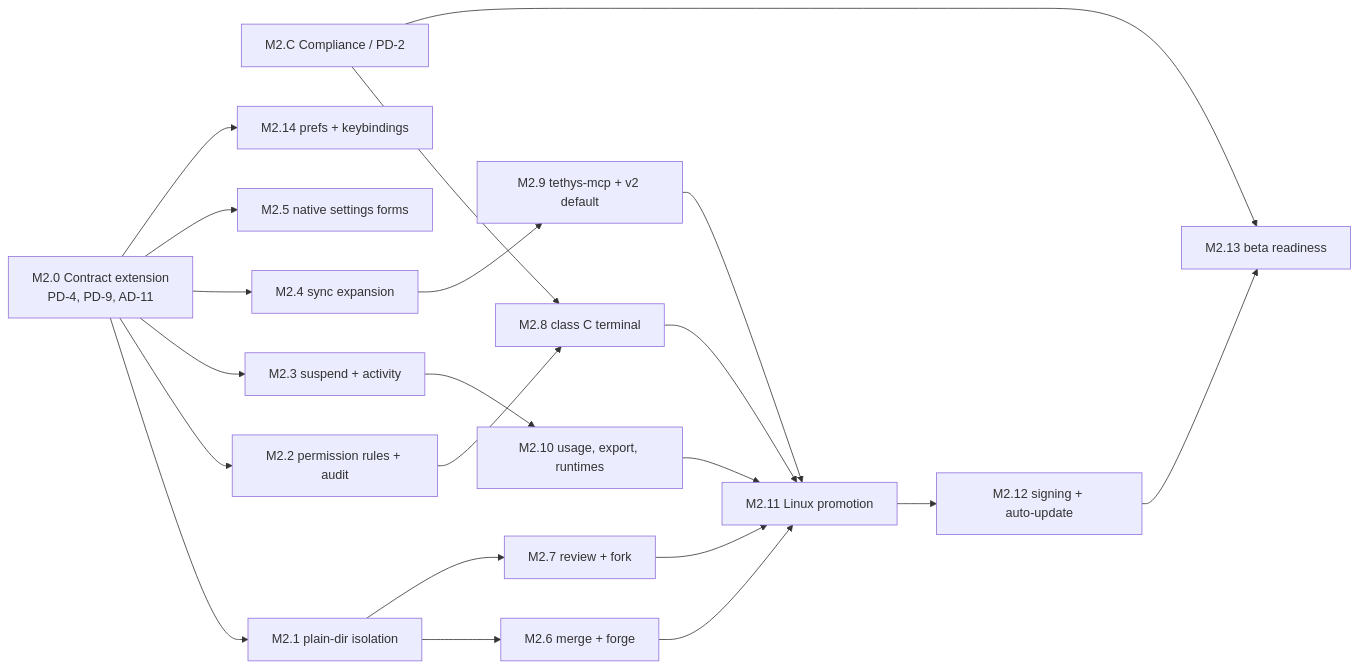
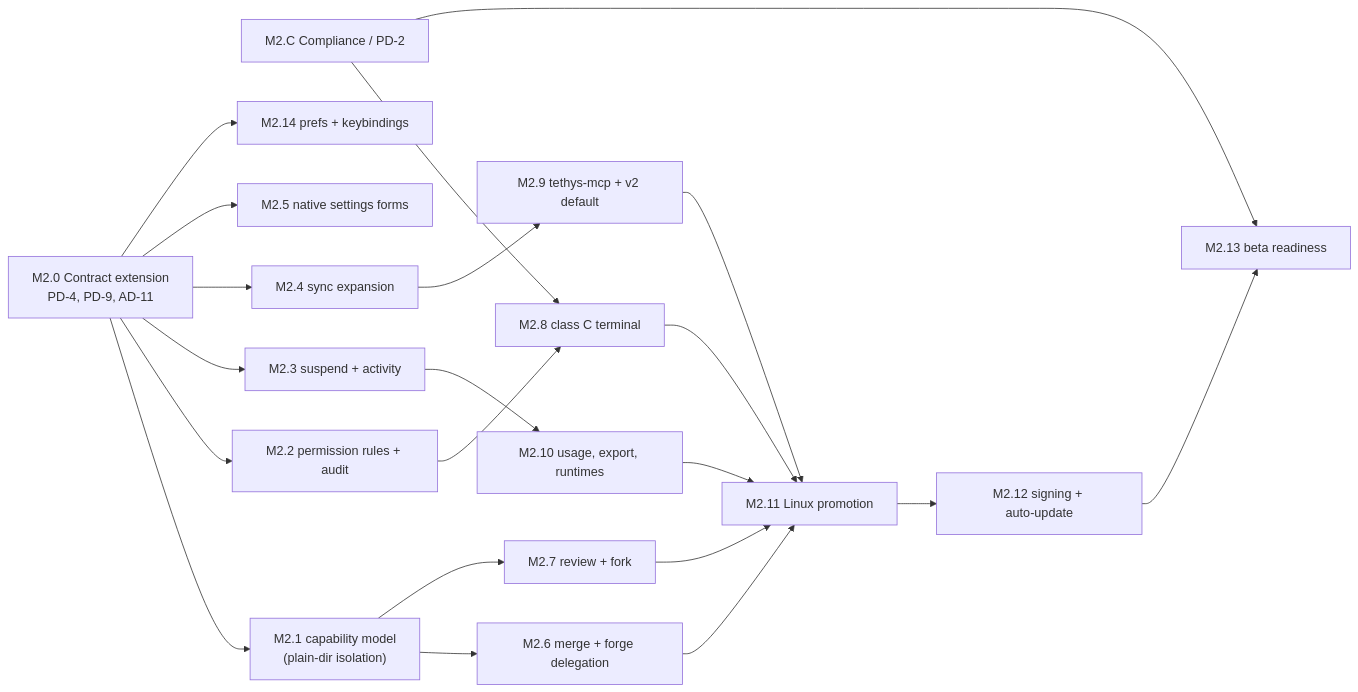
The second of 2 diagrams in docs/milestone.md (Noentic/tethys), drawn with Mermaid before and after one commit. The commit also changed other lines of this file and 32 other files, not shown here.

````diff
--- a/docs/milestone.md
+++ b/docs/milestone.md
@@ -228,25 +246,25 @@
 ```mermaid
 flowchart LR
     C["M2.C Compliance / PD‑2"]
     M0["M2.0 Contract extension<br/>PD‑4, PD‑9, AD‑11"]
-    M0 --> M1["M2.1 plain‑dir isolation"]
+    M0 --> M1["M2.1 capability model<br/>(plain‑dir isolation)"]
     M0 --> M2["M2.2 permission rules + audit"]
     M0 --> M3["M2.3 suspend + activity"]
     M0 --> M4["M2.4 sync expansion"]
     M0 --> M5["M2.5 native settings forms"]
     M0 --> M14["M2.14 prefs + keybindings"]
-    M1 --> M6["M2.6 merge + forge"]
+    M1 --> M6["M2.6 merge + forge delegation"]
     M1 --> M7["M2.7 review + fork"]
     C --> M8["M2.8 class C terminal"]
     M2 --> M8
     M4 --> M9["M2.9 tethys-mcp + v2 default"]
     M3 --> M10["M2.10 usage, export, runtimes"]
     M6 --> M11["M2.11 Linux promotion"]
     M7 --> M11
     M8 --> M11
     M9 --> M11
     M10 --> M11
     M11 --> M12["M2.12 signing + auto‑update"]
     M12 --> M13["M2.13 beta readiness"]
     C --> M13
 ```
````
